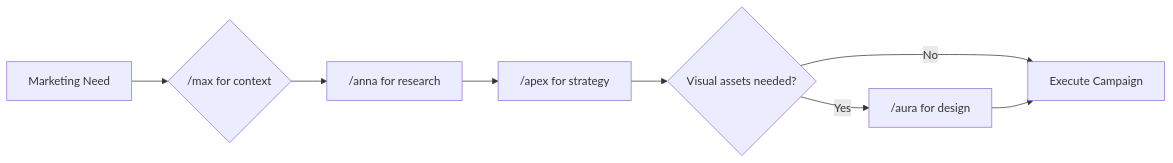
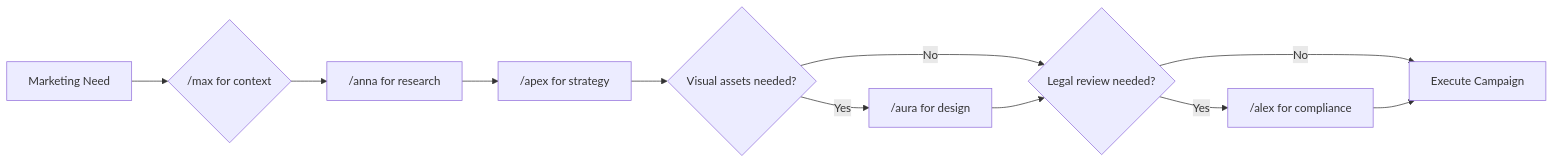
The second of 2 diagrams in claude/skills/marketing/apex/SKILL.md (olehsvyrydov/AI-development-team), drawn with Mermaid before and after one commit. The commit also changed other lines of this file and 2 other files, not shown here.

````diff
--- a/claude/skills/marketing/apex/SKILL.md
+++ b/claude/skills/marketing/apex/SKILL.md
@@ -272,10 +967,13 @@
 ```mermaid
 graph LR
     A[Marketing Need] --> B{"/max for context"}
     B --> C["/anna for research"]
     C --> D["/apex for strategy"]
     D --> E{Visual assets needed?}
     E -->|Yes| F["/aura for design"]
-    E -->|No| G[Execute Campaign]
+    E -->|No| G{Legal review needed?}
     F --> G
+    G -->|Yes| H["/alex for compliance"]
+    G -->|No| I[Execute Campaign]
+    H --> I
 ```
````
